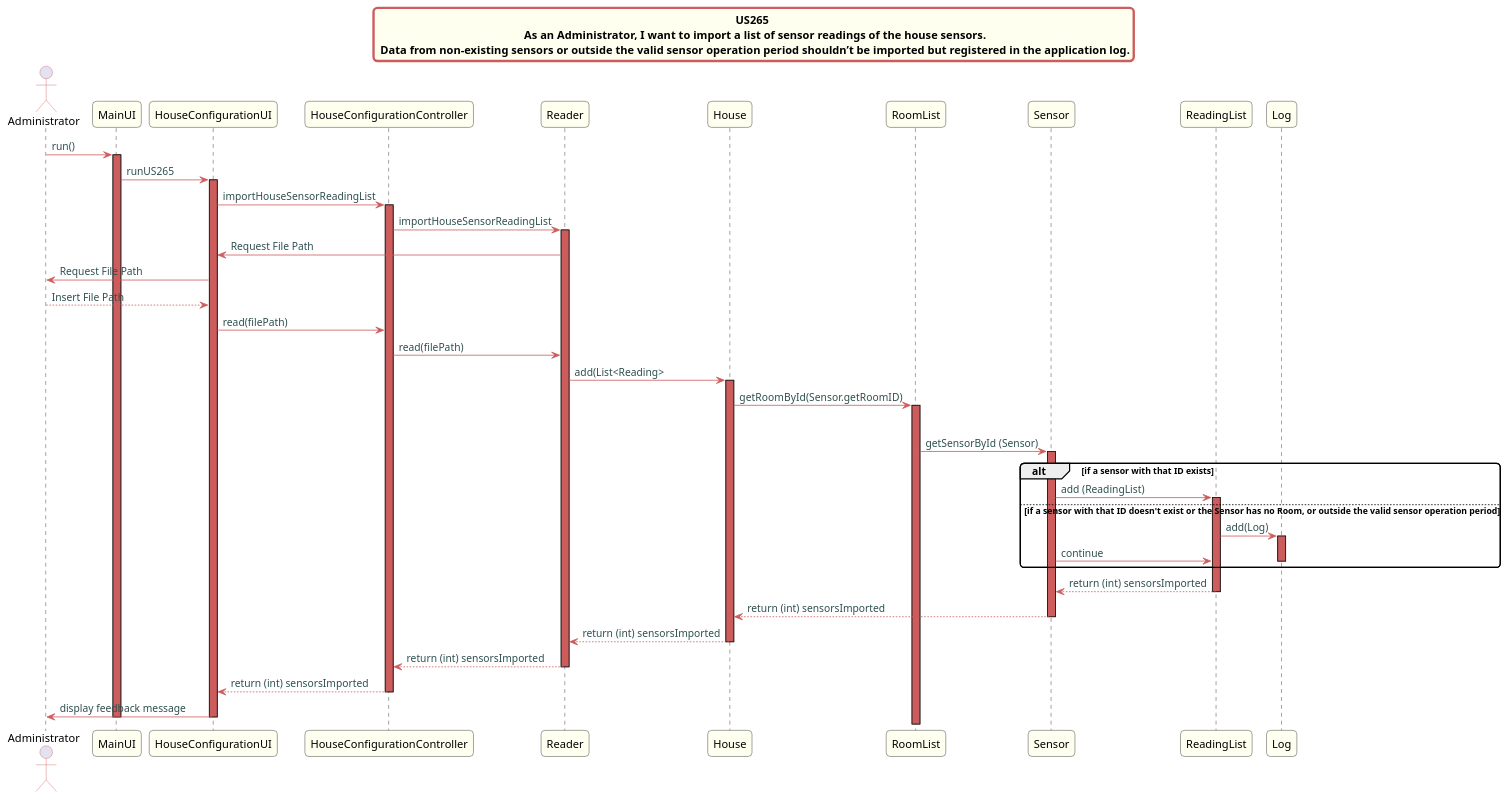
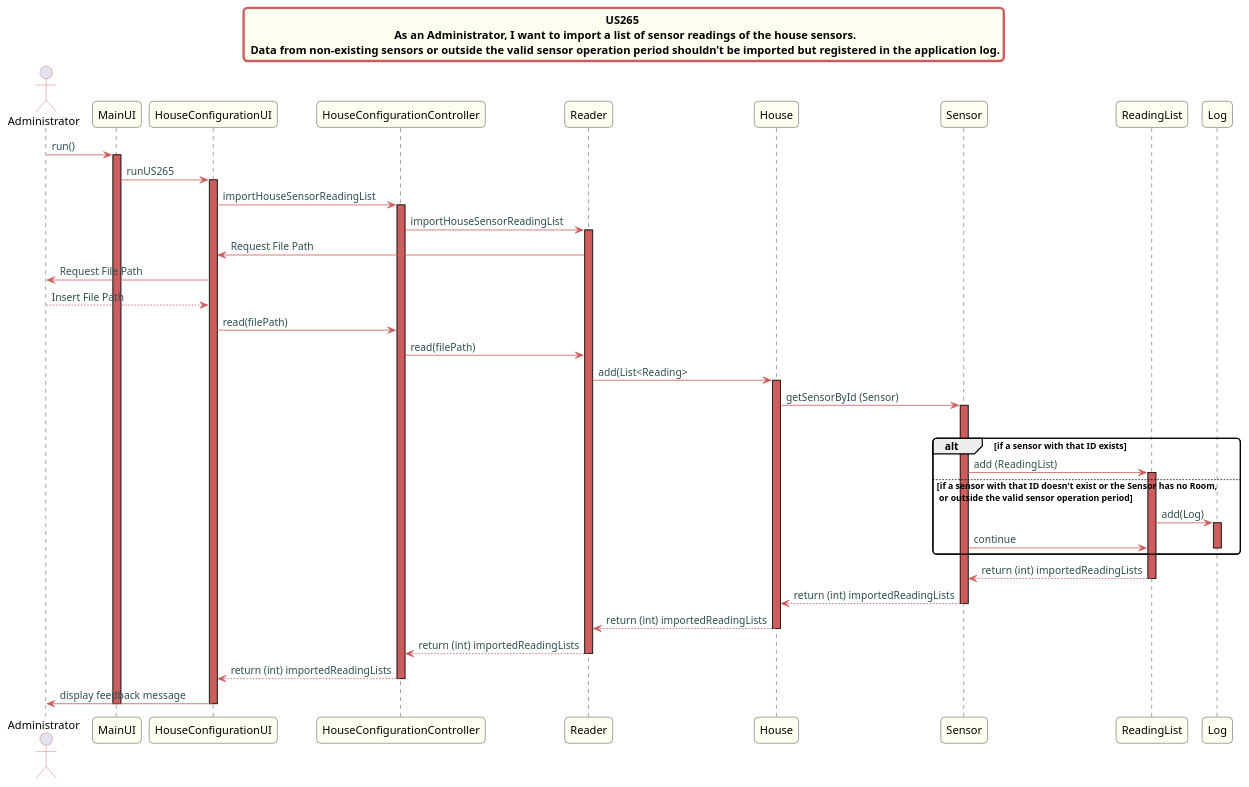
Before and after one commit to Almadanmp/project: the diagram in src/doc/Controllers/HouseConfiguration/US265/US265_sd_HouseConfiguration.puml, drawn with PlantUML.

Commit message:
REF #205 Updated us265 Uml

```diff
--- a/src/doc/Controllers/HouseConfiguration/US265/US265_sd_HouseConfiguration.puml
+++ b/src/doc/Controllers/HouseConfiguration/US265/US265_sd_HouseConfiguration.puml
@@ -1,73 +1,71 @@
 @startuml
 
 skinparam titleBorderRoundCorner 10
 skinparam titleBorderThickness 3
 skinparam titleBorderColor indianred
 skinparam titleBackgroundColor ivory
 skinparam FontName quicksand
 
 skinparam actor {
   BorderColor indianred
   }
 
 skinparam sequence {
   LifeLineBackgroundColor indianred
   ParticipantBackgroundColor ivory
 }
 
 skinparam roundcorner 10
 
 skinparam component {
   arrowThickness 1
   ArrowFontName Verdana
   ArrowColor indianred
   ArrowFontColor darkslategrey
 }
 
 title US265 \n  As an Administrator, I want to import a list of sensor readings of the house sensors. \n Data from non-existing sensors or outside the valid sensor operation period shouldn’t be imported but registered in the application log.
 
 
 actor Administrator
 Administrator -> MainUI:run()
 activate MainUI
 MainUI -> HouseConfigurationUI: runUS265
 activate HouseConfigurationUI
 HouseConfigurationUI -> "HouseConfigurationController": importHouseSensorReadingList
 activate HouseConfigurationController
 HouseConfigurationController -> "Reader": importHouseSensorReadingList
 activate Reader
 Reader -> HouseConfigurationUI: Request File Path
 HouseConfigurationUI -> Administrator: Request File Path
 Administrator --> HouseConfigurationUI: Insert File Path
 HouseConfigurationUI -> HouseConfigurationController: read(filePath)
 HouseConfigurationController -> "Reader": read(filePath)
 "Reader" -> "House": add(List<Reading>
 activate House
-"House" -> "RoomList": getRoomById(Sensor.getRoomID)
-activate RoomList
+"House" -> "Sensor": getSensorById (Sensor)
+activate Sensor
 loop
-"RoomList" -> "Sensor": getSensorById (Sensor)
-activate Sensor
 alt if a sensor with that ID exists
 "Sensor" -> "ReadingList": add (ReadingList)
 activate ReadingList
-else if a sensor with that ID doesn't exist or the Sensor has no Room, or outside the valid sensor operation period
+else if a sensor with that ID doesn't exist or the Sensor has no Room, \n or outside the valid sensor operation period
 "ReadingList" -> "Log": add(Log)
 activate Log
 "Sensor" -> "ReadingList": continue
 deactivate Log
 end
-"ReadingList" --> "Sensor": return (int) sensorsImported
+"ReadingList" --> "Sensor": return (int) importedReadingLists
 deactivate ReadingList
-"Sensor" --> "House": return (int) sensorsImported
+"Sensor" --> "House": return (int) importedReadingLists
 deactivate Sensor
-"House" --> "Reader": return (int) sensorsImported
+"House" --> "Reader": return (int) importedReadingLists
 deactivate House
-"Reader" --> "HouseConfigurationController": return (int) sensorsImported
+"Reader" --> "HouseConfigurationController": return (int) importedReadingLists
 deactivate Reader
-HouseConfigurationController --> HouseConfigurationUI: return (int) sensorsImported
+HouseConfigurationController --> HouseConfigurationUI: return (int) importedReadingLists
 deactivate HouseConfigurationController
 HouseConfigurationUI -> Administrator: display feedback message
 deactivate HouseConfigurationUI
 deactivate MainUI
 @enduml
```
